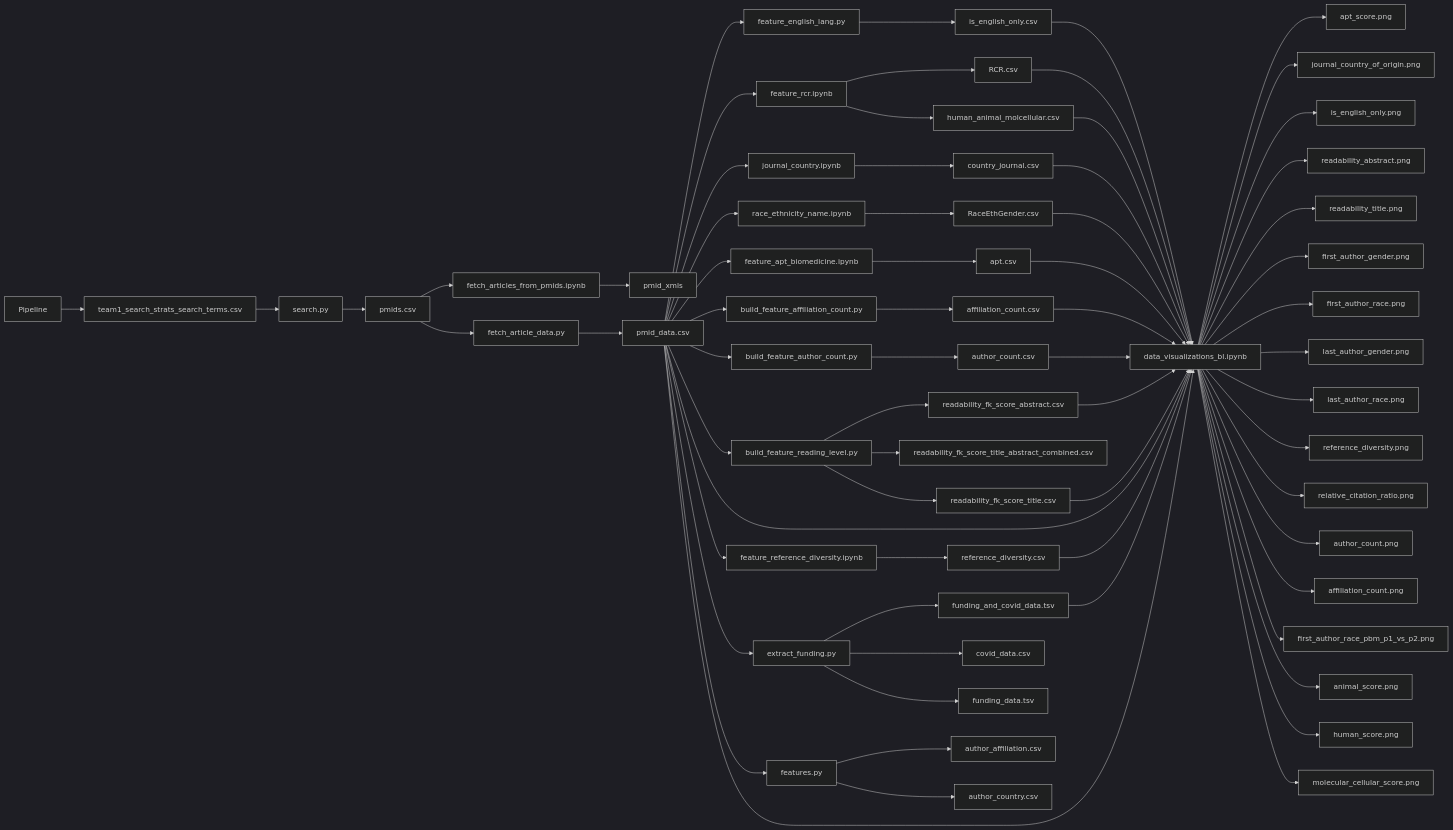
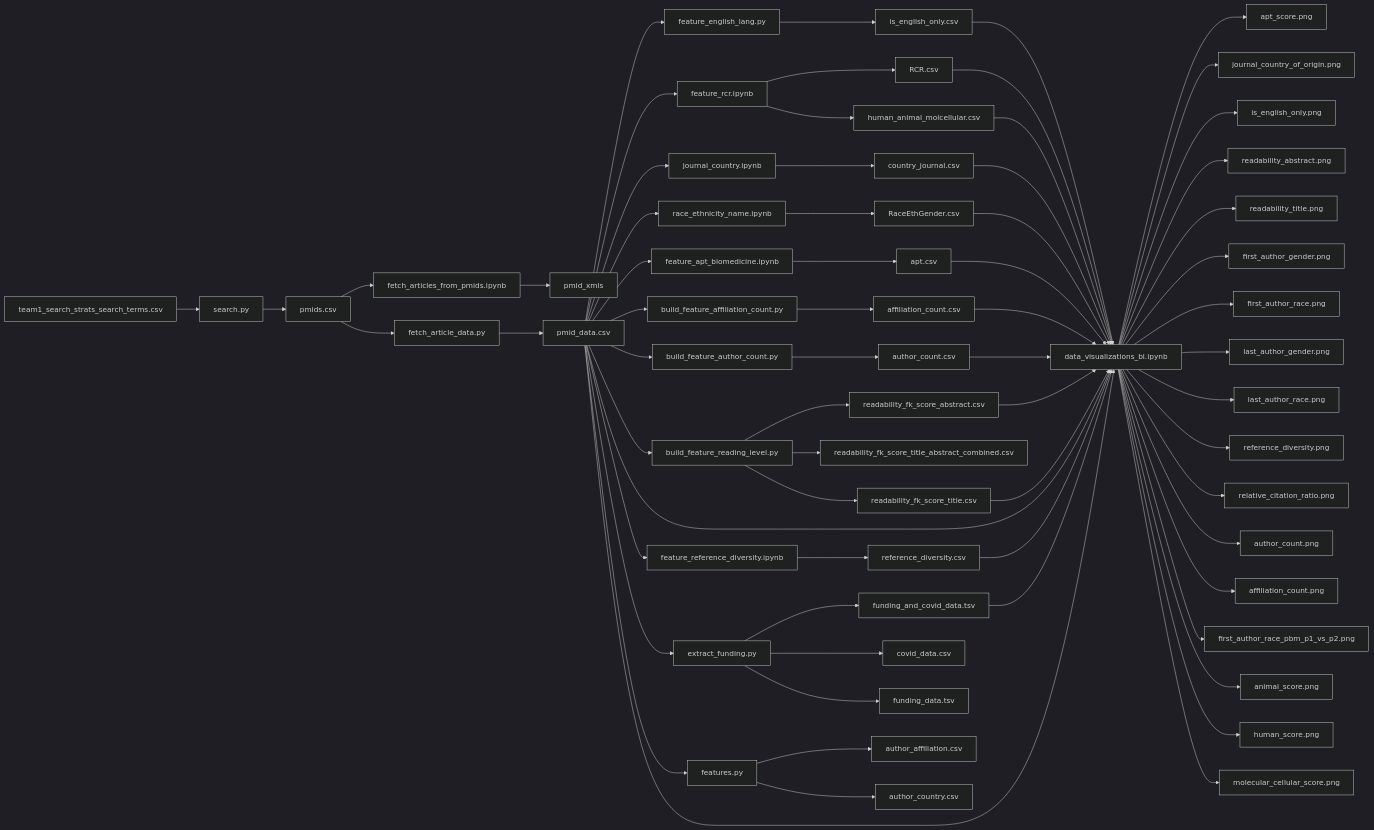
Before and after one commit to NCBI-Codeathons/pubmed-codeathon-team1: the diagram in README.md, drawn with Mermaid (dark theme).

Commit message:
removing top node from pipeline because it was just a label

````diff
--- a/README.md
+++ b/README.md
@@ -60,70 +60,69 @@
 ```mermaid
     graph LR;
-        Pipeline-->team1_search_strats_search_terms.csv;
         team1_search_strats_search_terms.csv-->search.py
         search.py-->pmids.csv
         pmids.csv-->fetch_articles_from_pmids.ipynb
         fetch_articles_from_pmids.ipynb-->pmid_xmls
         pmids.csv-->fetch_article_data.py
         fetch_article_data.py-->pmid_data.csv
         pmid_data.csv-->feature_english_lang.py
         feature_english_lang.py-->is_english_only.csv
         pmid_data.csv-->feature_rcr.ipynb
         feature_rcr.ipynb-->RCR.csv
         pmid_data.csv-->journal_country.ipynb
         journal_country.ipynb-->country_journal.csv
         pmid_data.csv-->race_ethnicity_name.ipynb
         race_ethnicity_name.ipynb-->RaceEthGender.csv
         pmid_data.csv-->feature_apt_biomedicine.ipynb
         feature_apt_biomedicine.ipynb-->apt.csv
         pmid_data.csv-->build_feature_affiliation_count.py
         build_feature_affiliation_count.py-->affiliation_count.csv
         pmid_data.csv-->build_feature_author_count.py
         build_feature_author_count.py-->author_count.csv
         pmid_data.csv-->build_feature_reading_level.py
         build_feature_reading_level.py-->readability_fk_score_abstract.csv
         build_feature_reading_level.py-->readability_fk_score_title_abstract_combined.csv
         build_feature_reading_level.py-->readability_fk_score_title.csv
         pmid_data.csv-->data_visualizations_bl.ipynb
         apt.csv-->data_visualizations_bl.ipynb
         feature_rcr.ipynb-->human_animal_molcellular.csv
         data_visualizations_bl.ipynb-->apt_score.png
         country_journal.csv-->data_visualizations_bl.ipynb
         data_visualizations_bl.ipynb-->journal_country_of_origin.png
         is_english_only.csv-->data_visualizations_bl.ipynb
         data_visualizations_bl.ipynb-->is_english_only.png
         human_animal_molcellular.csv-->data_visualizations_bl.ipynb
         readability_fk_score_abstract.csv-->data_visualizations_bl.ipynb
         data_visualizations_bl.ipynb-->readability_abstract.png
         readability_fk_score_title.csv-->data_visualizations_bl.ipynb
         data_visualizations_bl.ipynb-->readability_title.png
         pmid_data.csv-->feature_reference_diversity.ipynb
         feature_reference_diversity.ipynb-->reference_diversity.csv
         data_visualizations_bl.ipynb-->first_author_gender.png
         data_visualizations_bl.ipynb-->first_author_race.png
         data_visualizations_bl.ipynb-->last_author_gender.png
         data_visualizations_bl.ipynb-->last_author_race.png
         data_visualizations_bl.ipynb-->reference_diversity.png
         data_visualizations_bl.ipynb-->relative_citation_ratio.png
         pmid_data.csv-->extract_funding.py
         extract_funding.py-->funding_and_covid_data.tsv
         pmid_data.csv-->features.py
         features.py-->author_affiliation.csv
         features.py-->author_country.csv
         pmid_data.csv-->data_visualizations_bl.ipynb
         RaceEthGender.csv-->data_visualizations_bl.ipynb
         reference_diversity.csv-->data_visualizations_bl.ipynb
         RCR.csv-->data_visualizations_bl.ipynb
         author_count.csv-->data_visualizations_bl.ipynb
         data_visualizations_bl.ipynb-->author_count.png
         affiliation_count.csv-->data_visualizations_bl.ipynb
         data_visualizations_bl.ipynb-->affiliation_count.png
         funding_and_covid_data.tsv-->data_visualizations_bl.ipynb
         data_visualizations_bl.ipynb-->first_author_race_pbm_p1_vs_p2.png
         extract_funding.py-->covid_data.csv
         extract_funding.py-->funding_data.tsv
         data_visualizations_bl.ipynb-->animal_score.png
         data_visualizations_bl.ipynb-->human_score.png
         data_visualizations_bl.ipynb-->molecular_cellular_score.png
 
 ```
````
